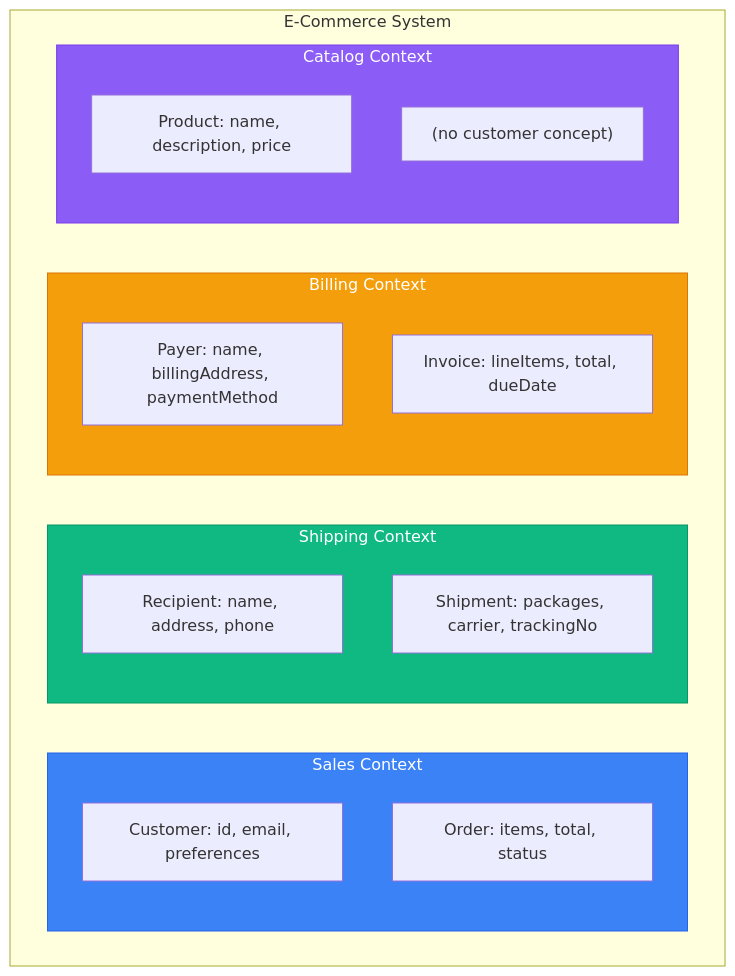
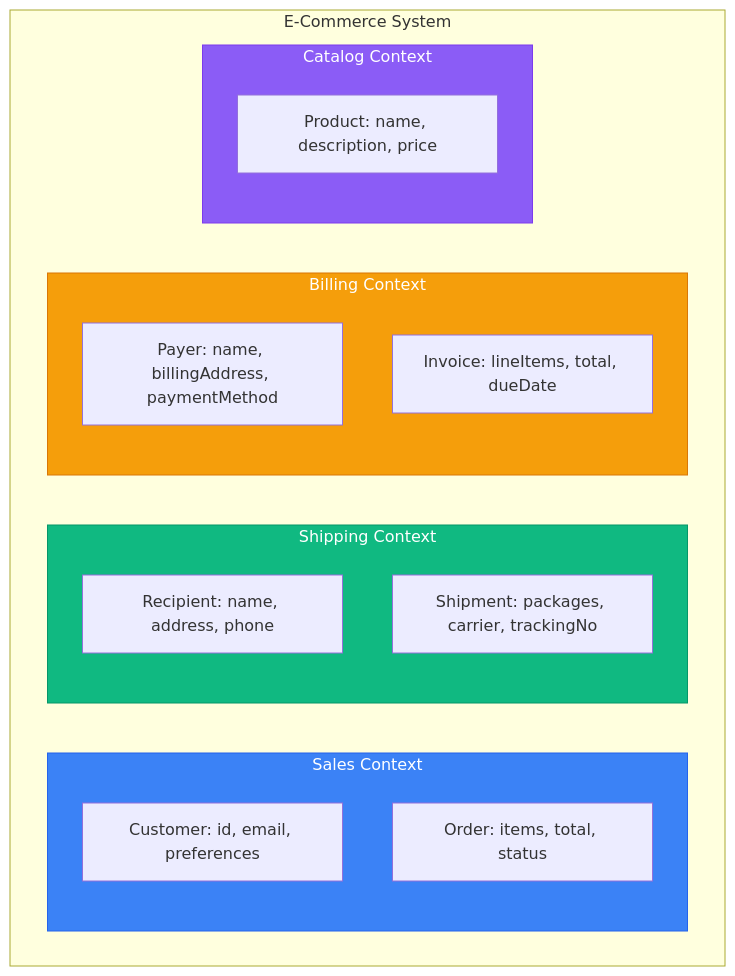
The first of 2 diagrams in .agents/tools/architecture/clean-ddd-hexagonal-skill/references/DDD-STRATEGIC.md (marcusquinn/aidevops), drawn with Mermaid before and after one commit. The commit also changed other lines of this file and 3 other files, not shown here.

````diff
--- a/.agents/tools/architecture/clean-ddd-hexagonal-skill/references/DDD-STRATEGIC.md
+++ b/.agents/tools/architecture/clean-ddd-hexagonal-skill/references/DDD-STRATEGIC.md
@@ -110,26 +71,25 @@
 ```mermaid
 flowchart TB
     subgraph ECommerce["E-Commerce System"]
         subgraph Sales["Sales Context"]
             SC1["Customer: id, email, preferences"]
             SC2["Order: items, total, status"]
         end
         subgraph Shipping["Shipping Context"]
             SH1["Recipient: name, address, phone"]
             SH2["Shipment: packages, carrier, trackingNo"]
         end
         subgraph Billing["Billing Context"]
             BC1["Payer: name, billingAddress, paymentMethod"]
             BC2["Invoice: lineItems, total, dueDate"]
         end
         subgraph Catalog["Catalog Context"]
             CC1["Product: name, description, price"]
-            CC2["(no customer concept)"]
         end
     end
 
     style Sales fill:#3b82f6,stroke:#2563eb,color:white
     style Shipping fill:#10b981,stroke:#059669,color:white
     style Billing fill:#f59e0b,stroke:#d97706,color:white
     style Catalog fill:#8b5cf6,stroke:#7c3aed,color:white
 ```
````
